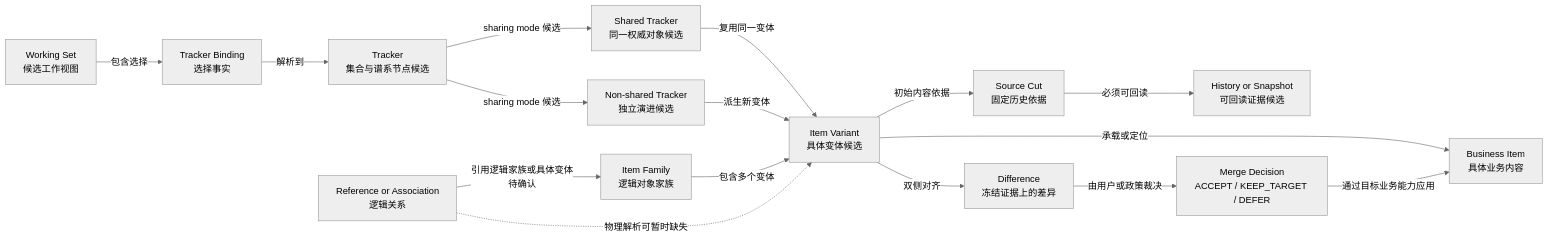
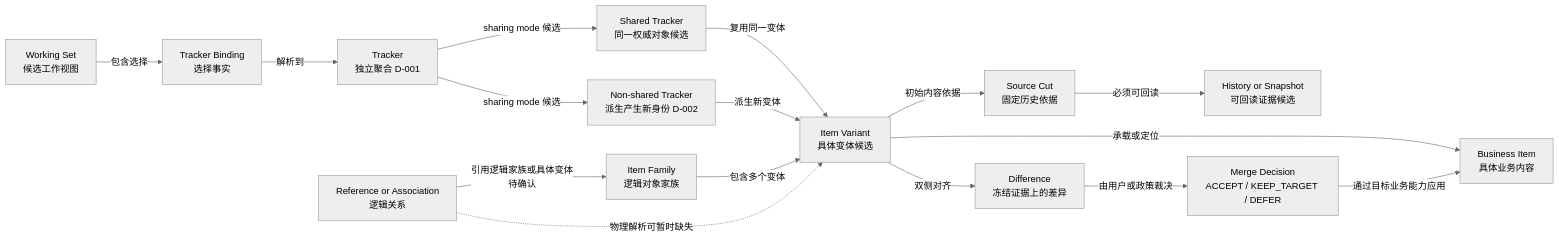
Before and after one commit to Greytrack/ddd-workingset: the diagram in docs/working-set/diagrams/domain-concept-relationships.md, drawn with Mermaid (neutral theme). The commit also changed other lines of this file and 19 other files, not shown here.

First line of the commit message:
docs(工作集) 接受事实与政策主题基线并确认 Tracker 独立聚合

````diff
--- a/docs/working-set/diagrams/domain-concept-relationships.md
+++ b/docs/working-set/diagrams/domain-concept-relationships.md
@@ -8,32 +8,32 @@
 ```mermaid
 flowchart LR
     WS["Working Set<br/>候选工作视图"]
     Binding["Tracker Binding<br/>选择事实"]
-    Tracker["Tracker<br/>集合与谱系节点候选"]
+    Tracker["Tracker<br/>独立聚合 D-001"]
     Shared["Shared Tracker<br/>同一权威对象候选"]
-    Unshared["Non-shared Tracker<br/>独立演进候选"]
+    Unshared["Non-shared Tracker<br/>派生产生新身份 D-002"]
     Family["Item Family<br/>逻辑对象家族"]
     Variant["Item Variant<br/>具体变体候选"]
     Item["Business Item<br/>具体业务内容"]
     Cut["Source Cut<br/>固定历史依据"]
     History["History or Snapshot<br/>可回读证据候选"]
     Compare["Difference<br/>冻结证据上的差异"]
     Decision["Merge Decision<br/>ACCEPT / KEEP_TARGET / DEFER"]
     Reference["Reference or Association<br/>逻辑关系"]
 
     WS -->|"包含选择"| Binding
     Binding -->|"解析到"| Tracker
     Tracker -->|"sharing mode 候选"| Shared
     Tracker -->|"sharing mode 候选"| Unshared
     Shared -->|"复用同一变体"| Variant
     Unshared -->|"派生新变体"| Variant
     Family -->|"包含多个变体"| Variant
     Variant -->|"承载或定位"| Item
     Variant -->|"初始内容依据"| Cut
     Cut -->|"必须可回读"| History
     Variant -->|"双侧对齐"| Compare
     Compare -->|"由用户或政策裁决"| Decision
     Decision -->|"通过目标业务能力应用"| Item
     Reference -->|"引用逻辑家族或具体变体<br/>待确认"| Family
     Reference -.->|"物理解析可暂时缺失"| Variant
 ```
````
